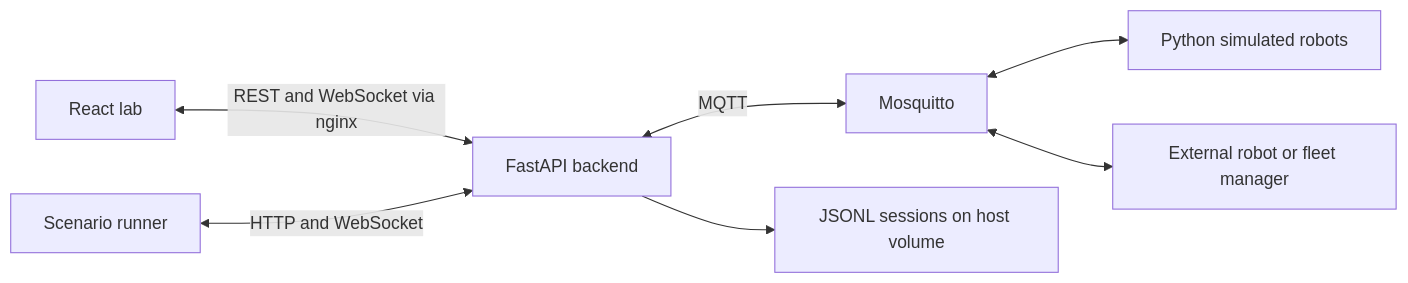
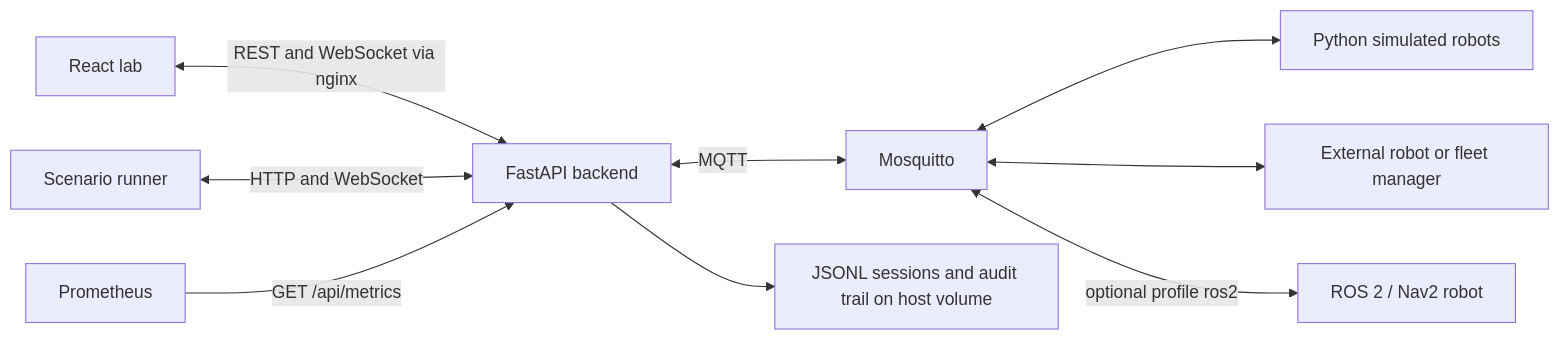
The diagram in docs/product/TRD.md (Bahuncoder/ActuNode), drawn with Mermaid before and after one commit. The commit also changed other lines of this file and 9 other files, not shown here.

Commit message:
Docs: product specification updated to v0.3.0 (status of every requirement, new PR-15..17 and TR-10..12, plan toward v0.4.0); architecture covers D-55..D-59

````diff
--- a/docs/product/TRD.md
+++ b/docs/product/TRD.md
@@ -9,9 +9,11 @@
 ```mermaid
 flowchart LR
   UI[React lab] <-->|REST and WebSocket via nginx| API[FastAPI backend]
   API <-->|MQTT| Broker[Mosquitto]
   Broker <--> Sim[Python simulated robots]
   Broker <--> External[External robot or fleet manager]
-  API --> Files[JSONL sessions on host volume]
+  API --> Files[JSONL sessions and audit trail on host volume]
   CLI[Scenario runner] <-->|HTTP and WebSocket| API
+  Prom[Prometheus] -->|GET /api/metrics| API
+  Broker <-->|optional profile ros2| ROS[ROS 2 / Nav2 robot]
 ```
````
